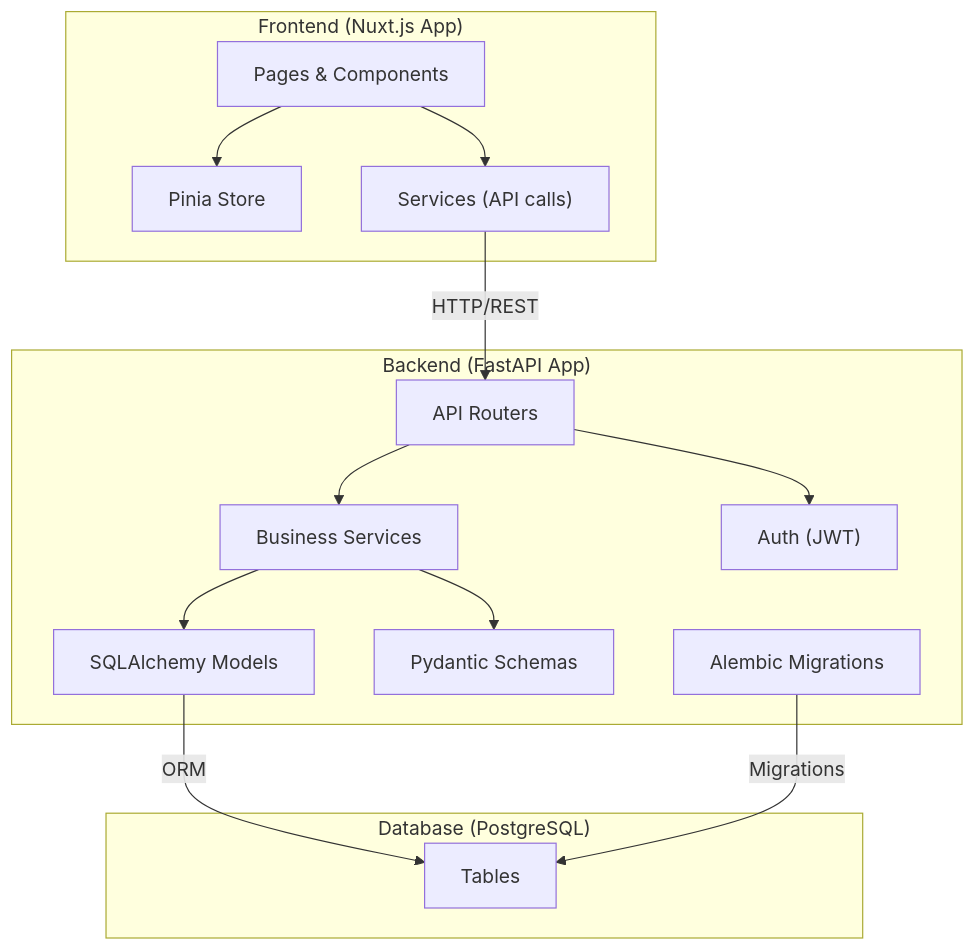
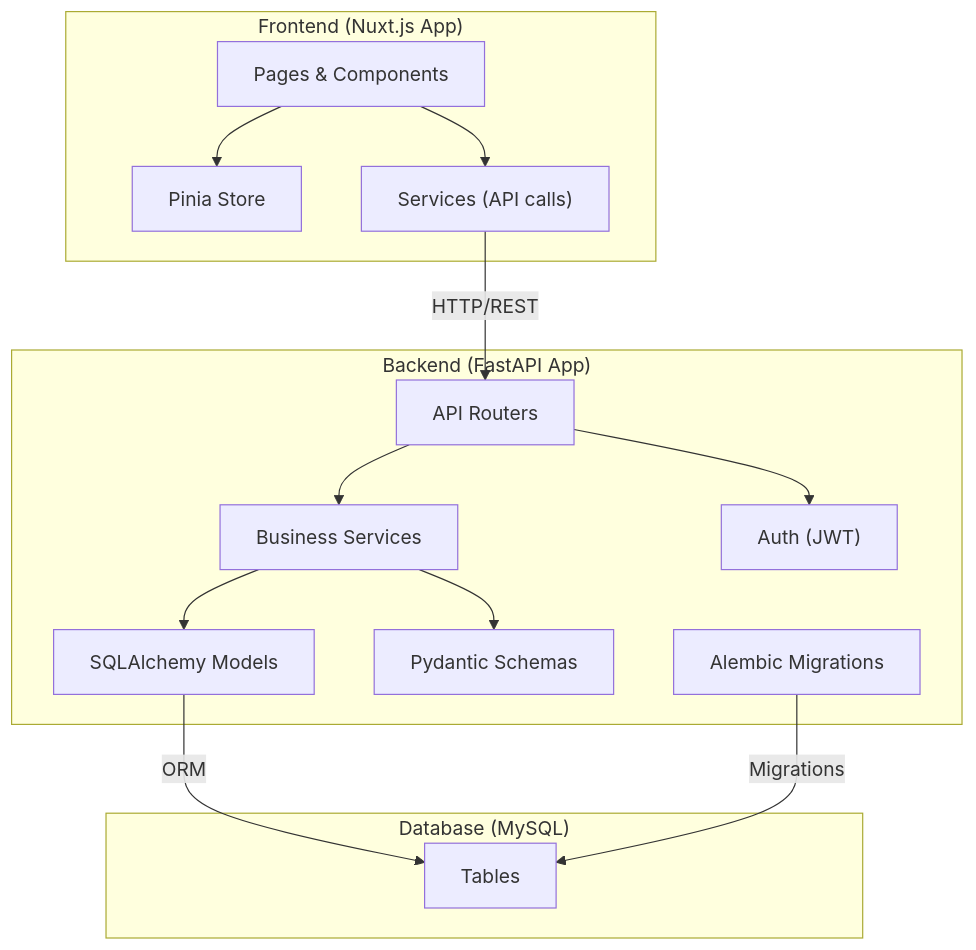
One commit to IdenTiclla/trans-comarapa-app changed the diagram in docs/architecture.md. Above: the diagram before and after it, drawn with Mermaid. The commit also changed other lines of this file and 2 other files, not shown here.

Commit message:
Update documentation to reflect database change from PostgreSQL to MySQL across README.md, architecture.md, and component_diagram.mmd.

````diff
--- a/docs/architecture.md
+++ b/docs/architecture.md
@@ -36,36 +37,36 @@
 ```mermaid
 flowchart TB
 
     %% Frontend
     subgraph Frontend ["Frontend (Nuxt.js App)"]
         FE1["Pages & Components"]
         FE2["Pinia Store"]
         FE3["Services (API calls)"]
     end
 
     %% Backend
     subgraph Backend ["Backend (FastAPI App)"]
         BE1["API Routers"]
         BE2["Business Services"]
         BE3["Auth (JWT)"]
         BE4["SQLAlchemy Models"]
         BE5["Pydantic Schemas"]
         BE6["Alembic Migrations"]
     end
 
     %% Database
-    subgraph Database ["Database (PostgreSQL)"]
+    subgraph Database ["Database (MySQL)"]
         DB1["Tables"]
     end
 
     %% Relaciones
     FE1 --> FE2
     FE1 --> FE3
     FE3 -- "HTTP/REST" --> BE1
     BE1 --> BE2
     BE1 --> BE3
     BE2 --> BE4
     BE2 --> BE5
     BE4 -- "ORM" --> DB1
     BE6 -- "Migrations" --> DB1
 ```
````
